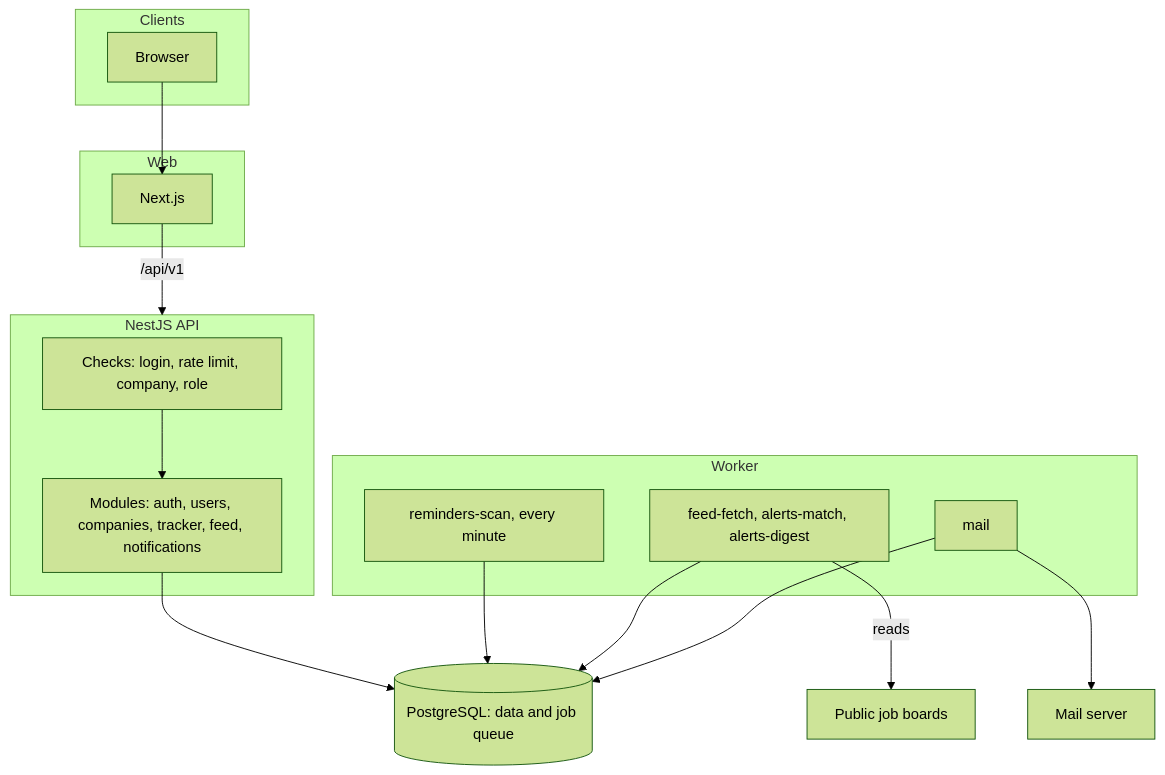
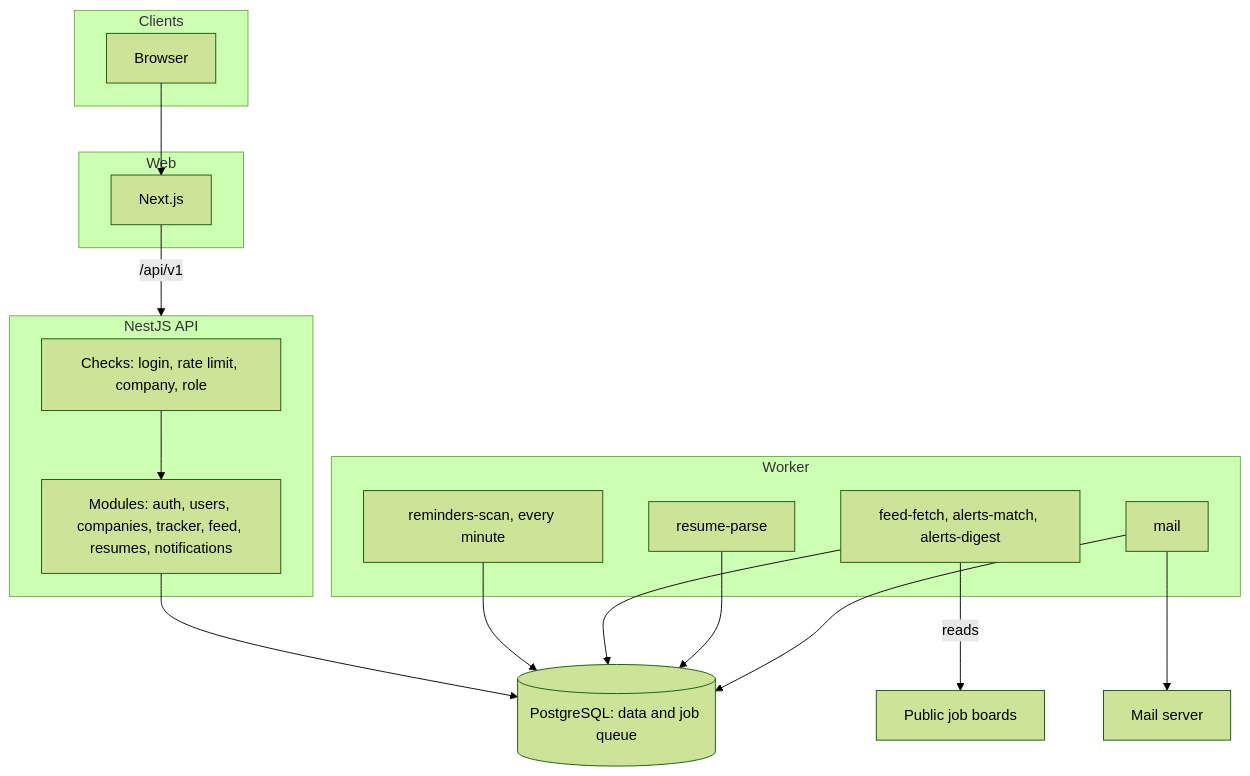
One commit to ManasSaxena14/HireFlow changed the diagram in docs/architecture.md. Above: the diagram before and after it, drawn with Mermaid (forest theme). The commit also changed other lines of this file and 4 other files, not shown here.

````diff
--- a/docs/architecture.md
+++ b/docs/architecture.md
@@ -5,30 +5,32 @@
 ```mermaid
 flowchart TB
   subgraph Clients
     B[Browser]
   end
   subgraph Web
     N[Next.js]
   end
   subgraph API[NestJS API]
     G[Checks: login, rate limit, company, role]
-    M[Modules: auth, users, companies, tracker, feed, notifications]
+    M[Modules: auth, users, companies, tracker, feed, resumes, notifications]
     G --> M
   end
   subgraph Worker
     S[reminders-scan, every minute]
     F[feed-fetch, alerts-match, alerts-digest]
+    P[resume-parse]
     E[mail]
   end
   DB[(PostgreSQL: data and job queue)]
   SMTP[Mail server]
 
   B --> N
   N -- /api/v1 --> API
   M --> DB
   S --> DB
   F --> DB
+  P --> DB
   F -- reads --> JB[Public job boards]
   E --> DB
   E --> SMTP
 ```
````
